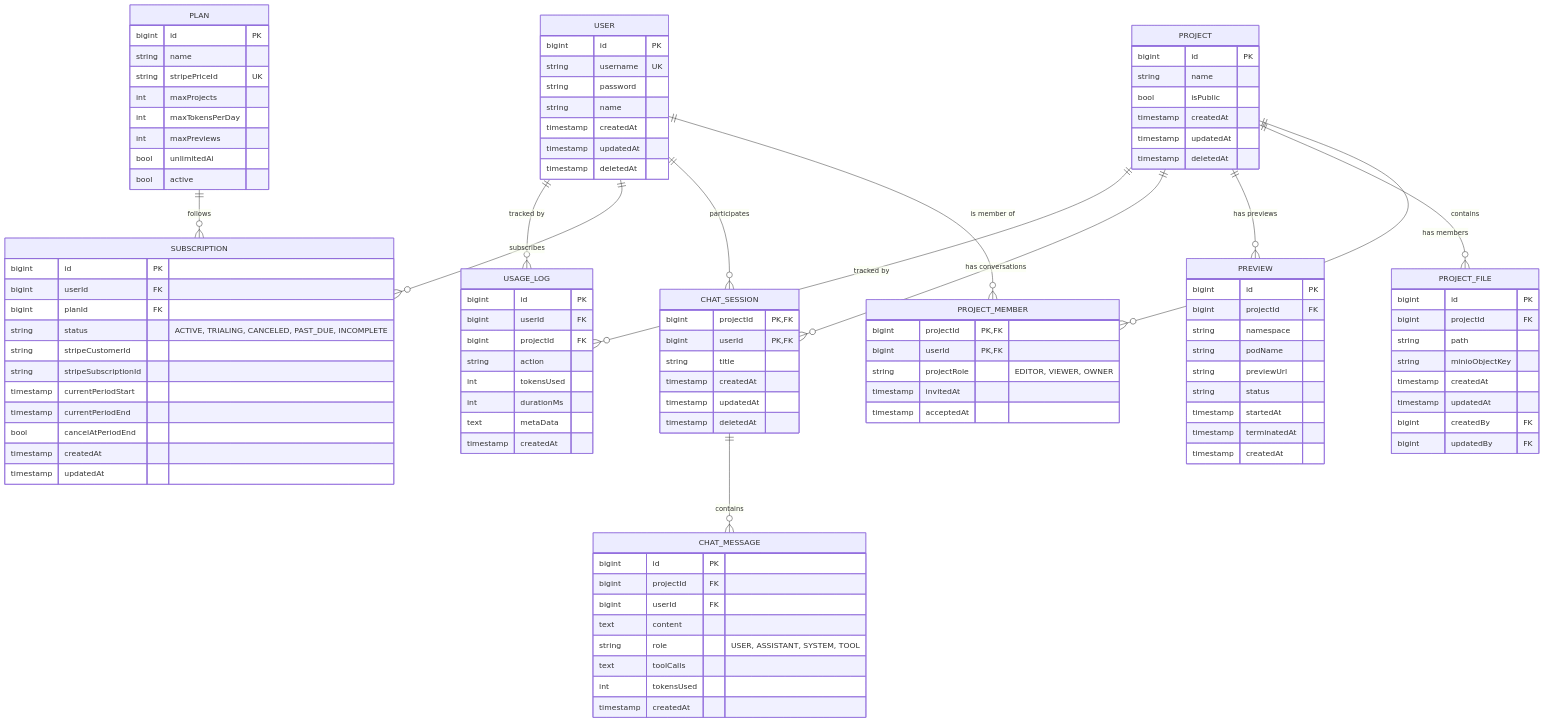
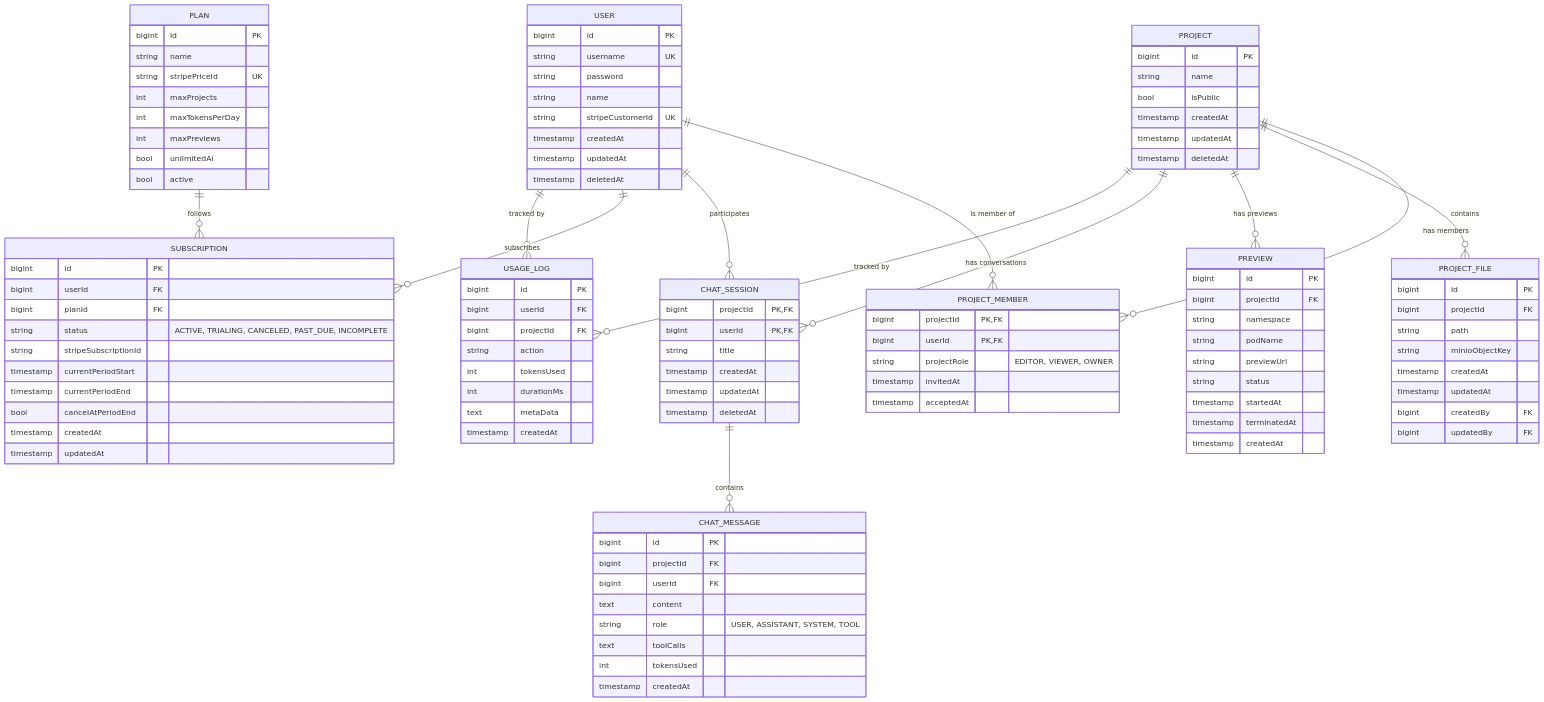
Before and after one commit to Divyanshu2805/vibecraft: the diagram in docs/schema/README.md, drawn with Mermaid. The commit also changed other lines of this file and 7 other files, not shown here.

```diff
--- a/docs/schema/README.md
+++ b/docs/schema/README.md
@@ -25,6 +25,7 @@
         string username UK
         string password
         string name
+        string stripeCustomerId UK
         timestamp createdAt
         timestamp updatedAt
         timestamp deletedAt
@@ -95,7 +96,6 @@
         bigint userId FK
         bigint planId FK
         string status "ACTIVE, TRIALING, CANCELED, PAST_DUE, INCOMPLETE"
-        string stripeCustomerId
         string stripeSubscriptionId
         timestamp currentPeriodStart
         timestamp currentPeriodEnd
```
